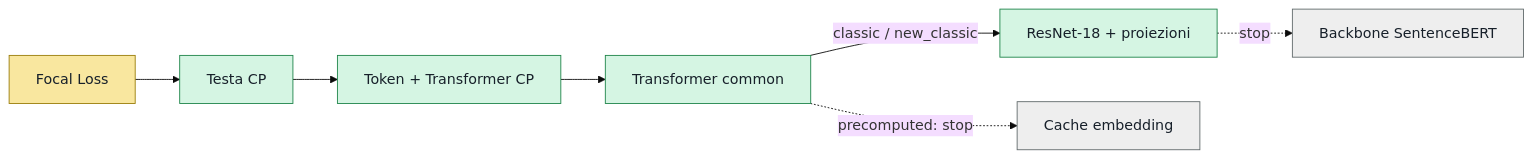
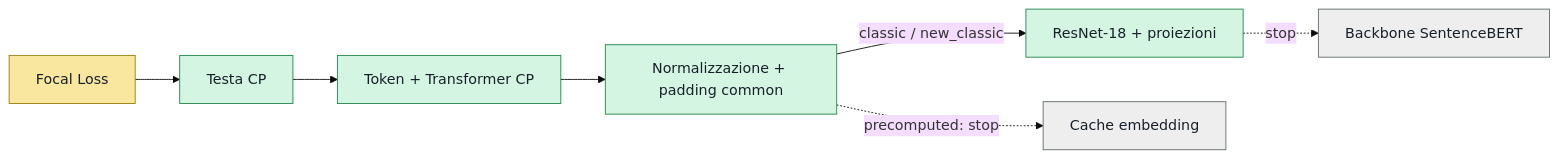
The first of 2 diagrams in training/README.md (FlorindoDev/OutfitTransformer), drawn with Mermaid (base theme) before and after one commit. The commit also changed other lines of this file and 25 other files, not shown here.

First line of the commit message:
refactor(model)!: remove common transformer

````diff
--- a/training/README.md
+++ b/training/README.md
@@ -63,19 +72,19 @@
 ```mermaid
 flowchart LR
     LOSS["Focal Loss"] --> HEAD["Testa CP"]
     HEAD --> CP["Token + Transformer CP"]
-    CP --> COMMON["Transformer common"]
+    CP --> COMMON["Normalizzazione + padding common"]
 
     COMMON -->|classic / new_classic| RAW["ResNet-18 + proiezioni"]
     RAW -.->|stop| SBERT["Backbone SentenceBERT"]
 
     COMMON -.->|precomputed: stop| CACHE["Cache embedding"]
 
     classDef trainable fill:#d5f5e3,stroke:#1e8449,color:#17202a;
     classDef frozen fill:#eeeeee,stroke:#616a6b,color:#17202a;
     classDef loss fill:#f9e79f,stroke:#9a7d0a,color:#17202a;
 
     class HEAD,CP,COMMON,RAW trainable;
     class SBERT,CACHE frozen;
     class LOSS loss;
 ```
````
